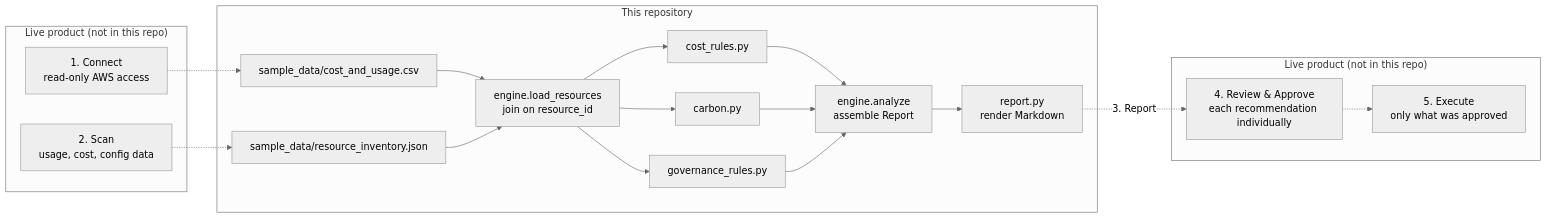
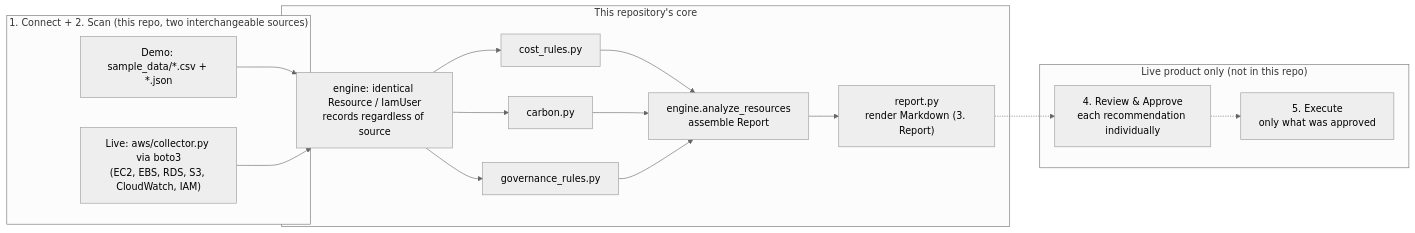
Before and after one commit to flango2023/GreenPilot-AI: the diagram in docs/architecture.md, drawn with Mermaid (neutral theme). The commit also changed other lines of this file and 20 other files, not shown here.

First line of the commit message:
Add a real live AWS collector via boto3, not just sample data

````diff
--- a/docs/architecture.md
+++ b/docs/architecture.md
@@ -5,37 +5,33 @@
 ```mermaid
 flowchart LR
-    subgraph Live["Live product (not in this repo)"]
-        A1["1. Connect\nread-only AWS access"]
-        A2["2. Scan\nusage, cost, config data"]
+    subgraph Connect["1. Connect + 2. Scan (this repo, two interchangeable sources)"]
+        A1[Demo: sample_data/*.csv + *.json]
+        A2["Live: aws/collector.py via boto3\n(EC2, EBS, RDS, S3, CloudWatch, IAM)"]
     end
 
-    subgraph ThisRepo["This repository"]
-        B1[sample_data/cost_and_usage.csv]
-        B2[sample_data/resource_inventory.json]
-        C[engine.load_resources\njoin on resource_id]
+    subgraph Core["This repository's core"]
+        B[engine: identical Resource / IamUser\nrecords regardless of source]
         D1[cost_rules.py]
         D2[carbon.py]
         D3[governance_rules.py]
-        E[engine.analyze\nassemble Report]
-        F[report.py\nrender Markdown]
+        E[engine.analyze_resources\nassemble Report]
+        F["report.py\nrender Markdown (3. Report)"]
     end
 
-    subgraph LiveAfter["Live product (not in this repo)"]
-        A3["4. Review & Approve\neach recommendation individually"]
-        A4["5. Execute\nonly what was approved"]
+    subgraph LiveOnly["Live product only (not in this repo)"]
+        G1["4. Review & Approve\neach recommendation individually"]
+        G2["5. Execute\nonly what was approved"]
     end
 
-    A1 -.-> B1
-    A2 -.-> B2
-    B1 --> C
-    B2 --> C
-    C --> D1
-    C --> D2
-    C --> D3
+    A1 --> B
+    A2 --> B
+    B --> D1
+    B --> D2
+    B --> D3
     D1 --> E
     D2 --> E
     D3 --> E
     E --> F
-    F -.->|"3. Report"| A3
-    A3 -.-> A4
+    F -.-> G1
+    G1 -.-> G2
 ```
````
